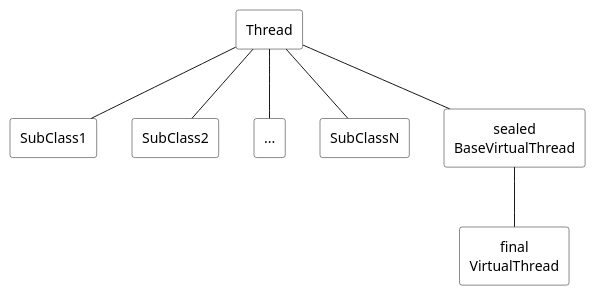
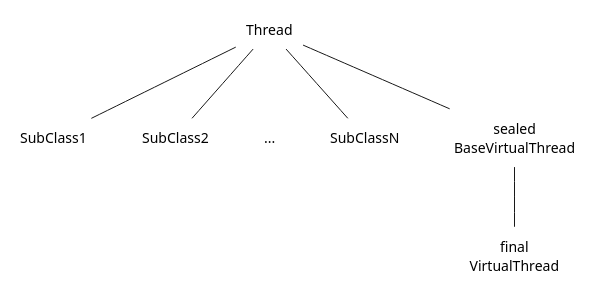
One commit to ti-cortex-m4/demo-java-virtual-threads2 changed the diagram in images/thread_class_diagram.puml. Above: the diagram before and after it, drawn with PlantUML.

```diff
--- a/images/thread_class_diagram.puml
+++ b/images/thread_class_diagram.puml
@@ -1,26 +1,28 @@
 @startuml
 
 scale 1.0
 
 skinparam {
     defaultTextAlignment center
+    roundCorner 0
     RectangleBackgroundColor transparent
+    RectangleBorderColor transparent
     RectangleFontName Arial
 }
 
 rectangle Thread
 rectangle SubClass1
 rectangle SubClass2
 rectangle "..." as SubClass3
 rectangle SubClassN
 rectangle "sealed\nBaseVirtualThread" as BaseVirtualThread
 rectangle "final\nVirtualThread" as VirtualThread
 
 Thread -down- SubClass1
 Thread -down- SubClass2
-Thread -down- SubClass3
+Thread -down[#transparent]- SubClass3
 Thread -down- SubClassN
 Thread -down- BaseVirtualThread
 BaseVirtualThread -down- VirtualThread
 
 @enduml
```
